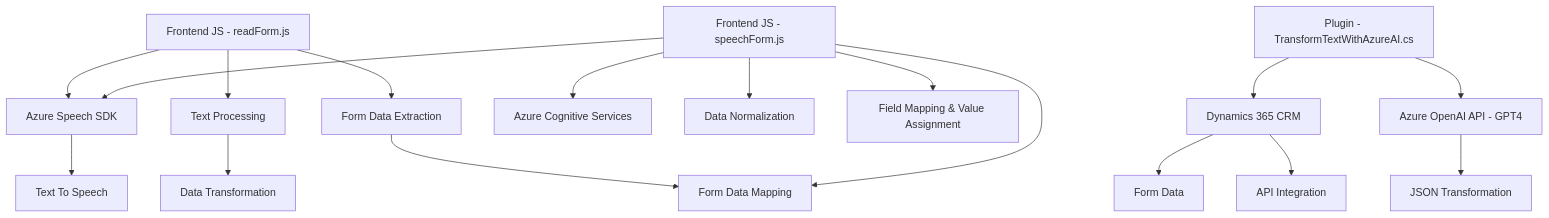
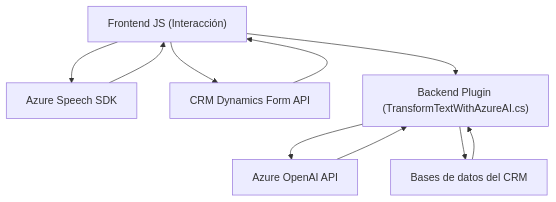
The diagram in README.md (blopezdm/NETCORE_BILBAO2025), drawn with Mermaid before and after one commit. The commit also changed other lines of this file, not shown here.

````diff
--- a/README.md
+++ b/README.md
@@ -43,21 +41,19 @@
 ```mermaid
 graph TD
-    A["Frontend JS - readForm.js"] --> B["Azure Speech SDK"]
-    A --> C["Text Processing"]
-    A --> D["Form Data Extraction"]
-    B --> E["Text To Speech"]
-    C --> F["Data Transformation"]
-    D --> G["Form Data Mapping"]
-    
-    H["Frontend JS - speechForm.js"] --> B
-    H --> I["Azure Cognitive Services"]
-    H --> K["Data Normalization"]
-    H --> G
-    H --> J["Field Mapping & Value Assignment"]
-    
-    L["Plugin - TransformTextWithAzureAI.cs"] --> M["Dynamics 365 CRM"]
-    L --> N["Azure OpenAI API - GPT4"]
-    M --> O["Form Data"]
-    N --> P["JSON Transformation"]
-    M --> Q["API Integration"]
+    A["Frontend JS (Interacción)"]
+    B["Azure Speech SDK"]
+    C["CRM Dynamics Form API"]
+    D["Backend Plugin (TransformTextWithAzureAI.cs)"]
+    E["Azure OpenAI API"]
+    F["Bases de datos del CRM"]
+
+    A --> B
+    A --> C
+    B --> A
+    C --> A
+    A --> D
+    D --> E
+    D --> F
+    E --> D
+    F --> D 
 ```
````
